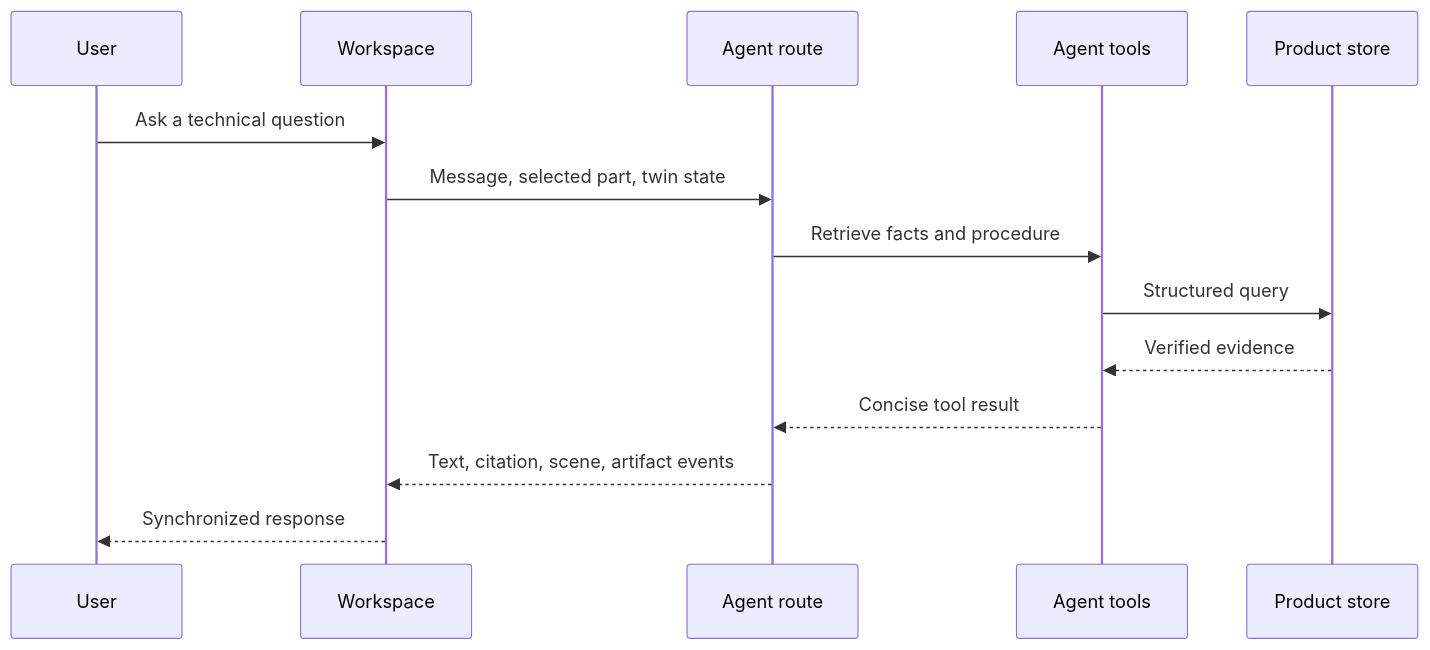
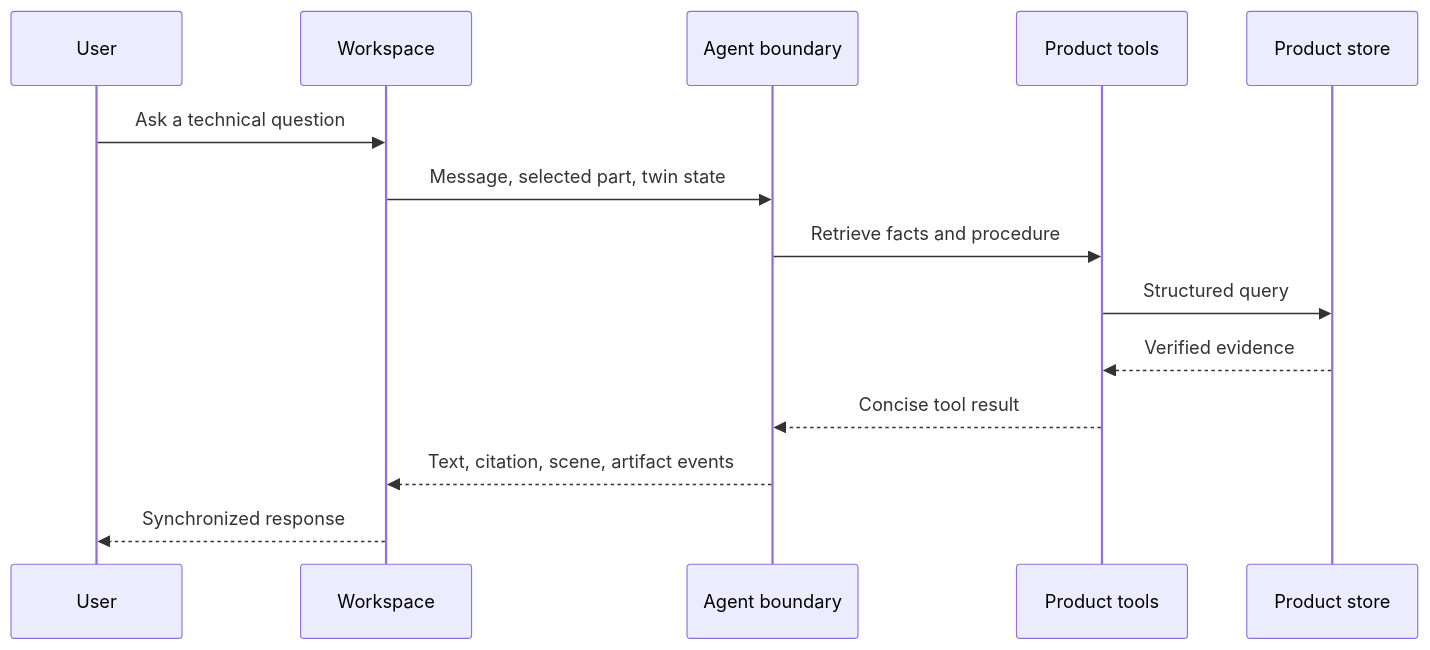
The third of 3 diagrams in ARCHITECTURE.md (hongnoul/prox-challenge), drawn with Mermaid before and after one commit. The commit also changed other lines of this file and 6 other files, not shown here.

````diff
--- a/ARCHITECTURE.md
+++ b/ARCHITECTURE.md
@@ -556,17 +481,17 @@
 ```mermaid
 sequenceDiagram
     participant U as User
     participant W as Workspace
-    participant A as Agent route
-    participant T as Agent tools
+    participant A as Agent boundary
+    participant T as Product tools
     participant P as Product store
 
     U->>W: Ask a technical question
     W->>A: Message, selected part, twin state
     A->>T: Retrieve facts and procedure
     T->>P: Structured query
     P-->>T: Verified evidence
     T-->>A: Concise tool result
     A-->>W: Text, citation, scene, artifact events
     W-->>U: Synchronized response
 ```
````
